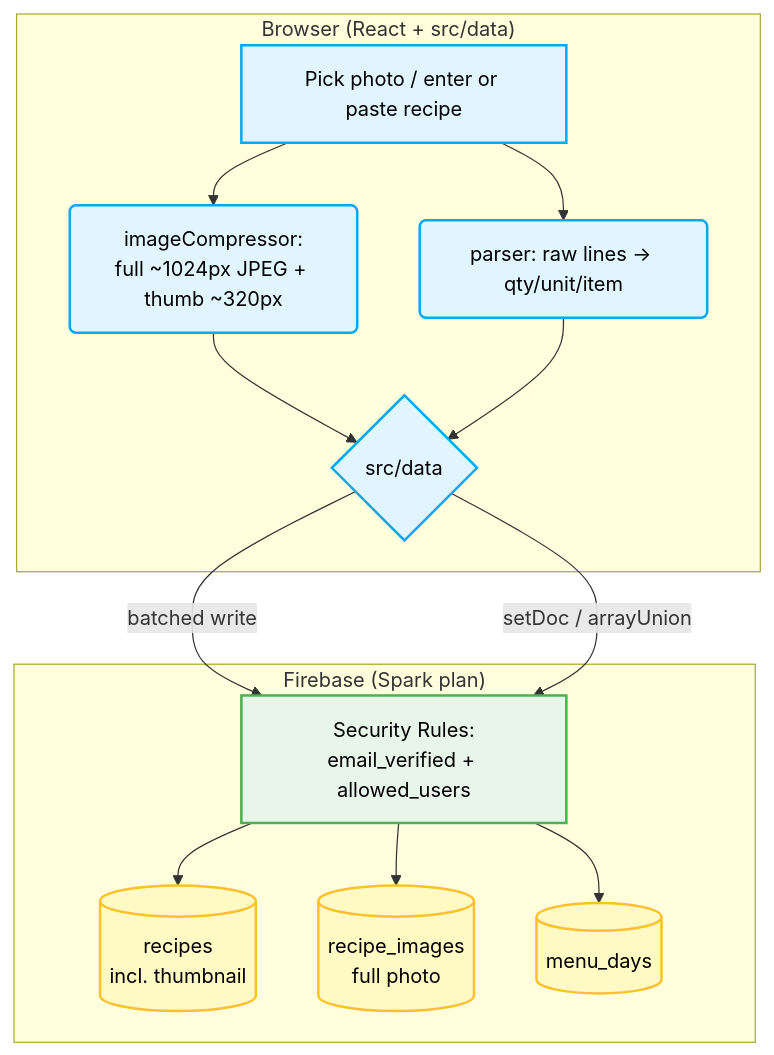
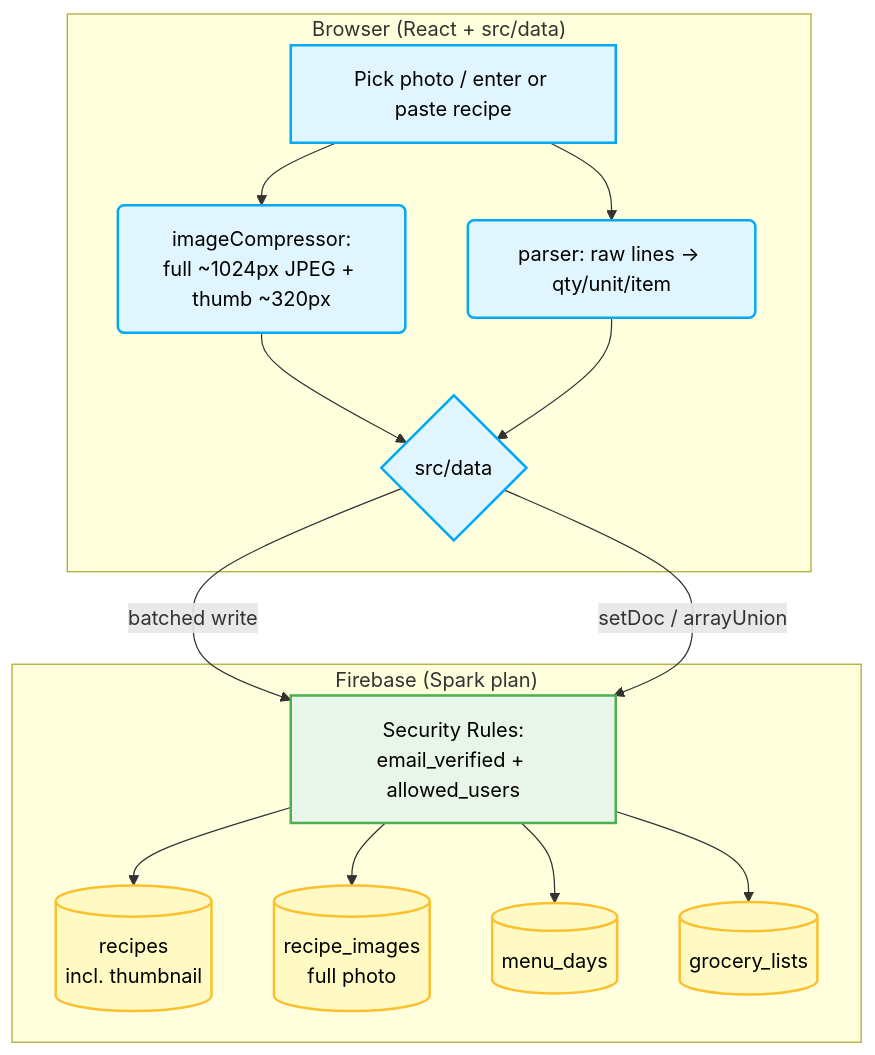
The diagram in docs/project/blueprint.md (jompero/recipe-app), drawn with Mermaid before and after one commit. The commit also changed other lines of this file and 4 other files, not shown here.

````diff
--- a/docs/project/blueprint.md
+++ b/docs/project/blueprint.md
@@ -55,30 +57,32 @@
 ```mermaid
 flowchart TD
     classDef client fill:#e1f5fe,stroke:#03a9f4,stroke-width:2px,color:#000;
     classDef firebase fill:#fff9c4,stroke:#fbc02d,stroke-width:2px,color:#000;
     classDef secure fill:#e8f5e9,stroke:#4caf50,stroke-width:2px,color:#000;
 
     subgraph Browser ["Browser (React + src/data)"]
         A[Pick photo / enter or paste recipe] --> B(imageCompressor:<br/>full ~1024px JPEG + thumb ~320px)
         A --> P(parser: raw lines → qty/unit/item)
         B --> C{src/data}
         P --> C
     end
 
     subgraph Firebase ["Firebase (Spark plan)"]
         G[Security Rules:<br/>email_verified + allowed_users]
         F[(recipes<br/>incl. thumbnail)]
         I[(recipe_images<br/>full photo)]
         M[(menu_days)]
+        L[(grocery_lists)]
     end
 
     C -->|batched write| G
     G --> F
     G --> I
     C -->|setDoc / arrayUnion| G
     G --> M
+    G --> L
 
     class A,B,P,C client;
-    class F,I,M firebase;
+    class F,I,M,L firebase;
     class G secure;
 ```
````
